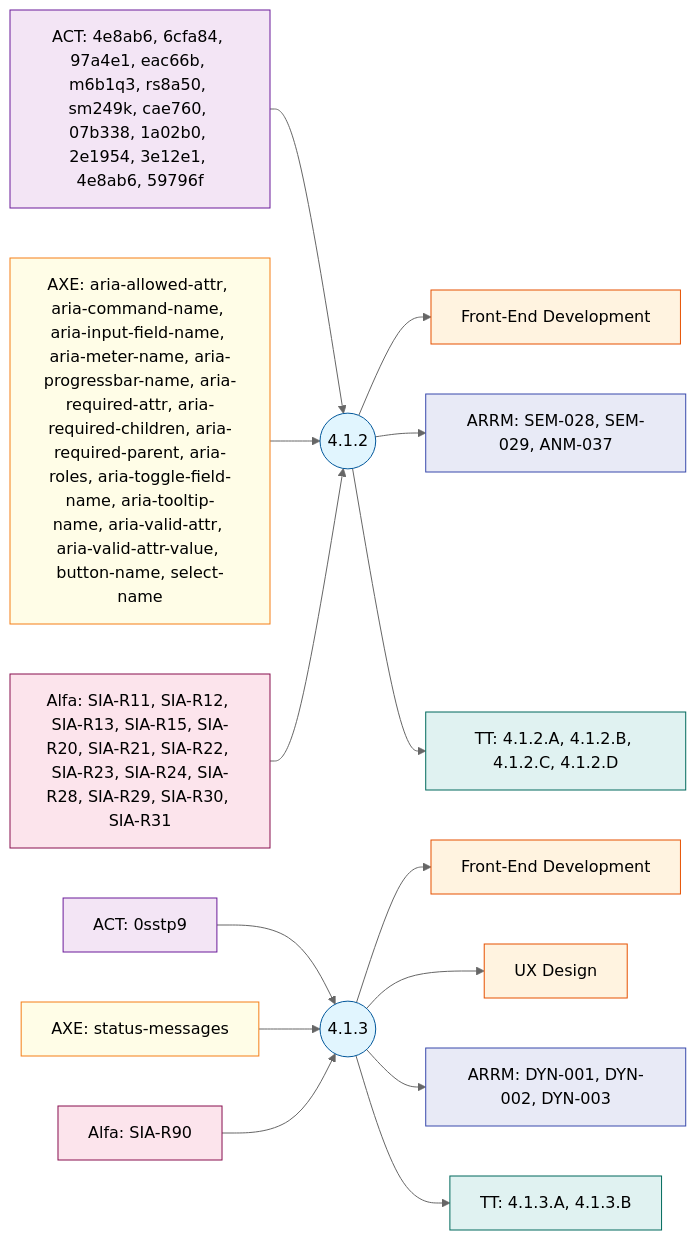
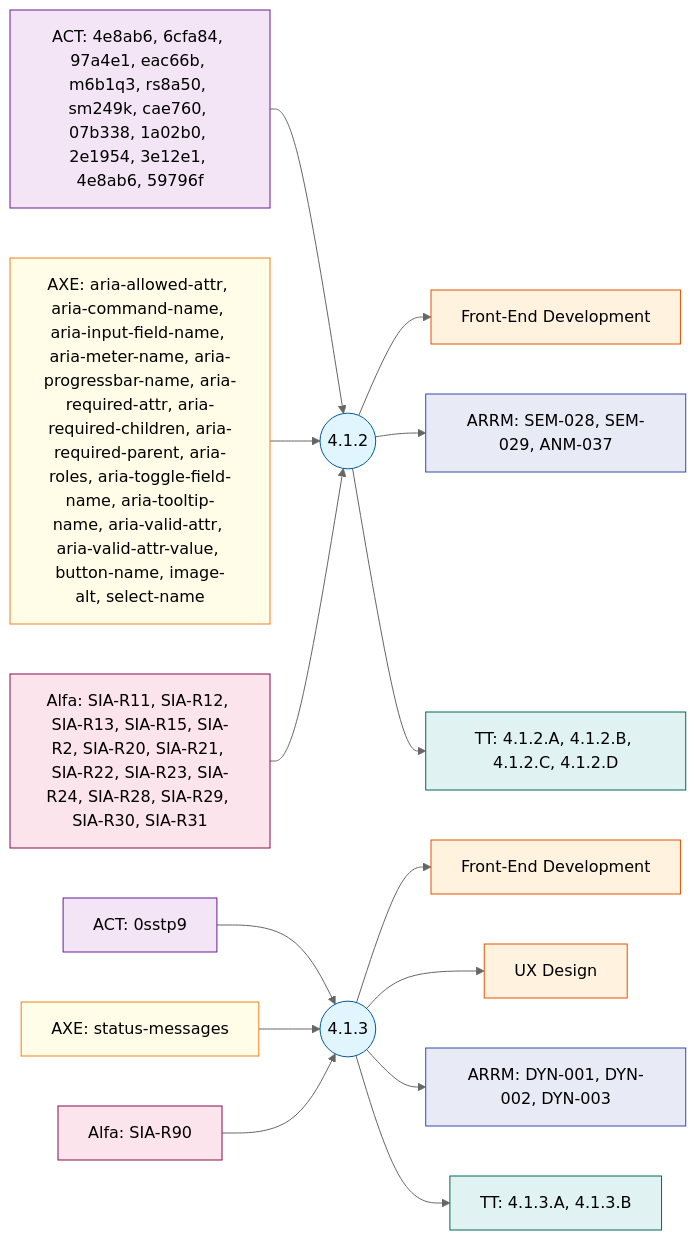
One commit to mgifford/wcag-spine changed the diagram in wcag-robust-diagram.md. Above: the diagram before and after it, drawn with Mermaid (neutral theme). The commit also changed 4 other files, not shown here.

Commit message:
feat: add Alfa/axe rule fetching, ACT testcases source, and propagation logic

````diff
--- a/wcag-robust-diagram.md
+++ b/wcag-robust-diagram.md
@@ -23,40 +23,40 @@
 ```mermaid
 graph LR
     classDef sc   fill:#e1f5fe,stroke:#01579b,color:#000
     classDef role fill:#fff3e0,stroke:#e65100,color:#000
     classDef act  fill:#f3e5f5,stroke:#6a1b9a,color:#000
     classDef axe  fill:#fffde7,stroke:#f57f17,color:#000
     classDef alfa fill:#fce4ec,stroke:#880e4f,color:#000
     classDef arrm fill:#e8eaf6,stroke:#3949ab,color:#000
     classDef tt   fill:#e0f2f1,stroke:#00695c,color:#000
 
     N4_1_2((4.1.2)):::sc
     A_act_4_1_2["ACT: 4e8ab6, 6cfa84, 97a4e1, eac66b, m6b1q3, rs8a50, sm249k, cae760, 07b338, 1a02b0, 2e1954, 3e12e1, 4e8ab6, 59796f"]:::act --> N4_1_2
-    A_axe_4_1_2["AXE: aria-allowed-attr, aria-command-name, aria-input-field-name, aria-meter-name, aria-progressbar-name, aria-required-attr, aria-required-children, aria-required-parent, aria-roles, aria-toggle-field-name, aria-tooltip-name, aria-valid-attr, aria-valid-attr-value, button-name, select-name"]:::axe --> N4_1_2
-    A_alfa_4_1_2["Alfa: SIA-R11, SIA-R12, SIA-R13, SIA-R15, SIA-R20, SIA-R21, SIA-R22, SIA-R23, SIA-R24, SIA-R28, SIA-R29, SIA-R30, SIA-R31"]:::alfa --> N4_1_2
+    A_axe_4_1_2["AXE: aria-allowed-attr, aria-command-name, aria-input-field-name, aria-meter-name, aria-progressbar-name, aria-required-attr, aria-required-children, aria-required-parent, aria-roles, aria-toggle-field-name, aria-tooltip-name, aria-valid-attr, aria-valid-attr-value, button-name, image-alt, select-name"]:::axe --> N4_1_2
+    A_alfa_4_1_2["Alfa: SIA-R11, SIA-R12, SIA-R13, SIA-R15, SIA-R2, SIA-R20, SIA-R21, SIA-R22, SIA-R23, SIA-R24, SIA-R28, SIA-R29, SIA-R30, SIA-R31"]:::alfa --> N4_1_2
     N4_1_2 --> R4_1_2_FE["Front-End Development"]:::role
     N4_1_2 --> T_4_1_2["ARRM: SEM-028, SEM-029, ANM-037"]:::arrm
     N4_1_2 --> TT_4_1_2["TT: 4.1.2.A, 4.1.2.B, 4.1.2.C, 4.1.2.D"]:::tt
 
     N4_1_3((4.1.3)):::sc
     A_act_4_1_3["ACT: 0sstp9"]:::act --> N4_1_3
     A_axe_4_1_3["AXE: status-messages"]:::axe --> N4_1_3
     A_alfa_4_1_3["Alfa: SIA-R90"]:::alfa --> N4_1_3
     N4_1_3 --> R4_1_3_FE["Front-End Development"]:::role
     N4_1_3 --> R4_1_3_UX["UX Design"]:::role
     N4_1_3 --> T_4_1_3["ARRM: DYN-001, DYN-002, DYN-003"]:::arrm
     N4_1_3 --> TT_4_1_3["TT: 4.1.3.A, 4.1.3.B"]:::tt
 
     click A_act_4_1_2 href "https://www.w3.org/WAI/standards-guidelines/act/rules/4e8ab6/" _blank
     click A_axe_4_1_2 href "https://dequeuniversity.com/rules/axe/4.11/aria-allowed-attr" _blank
     click A_alfa_4_1_2 href "https://alfa.siteimprove.com/rules/sia-r11" _blank
     click T_4_1_2 href "https://www.w3.org/WAI/planning/arrm/tasks/#semantic-structure" _blank
     click TT_4_1_2 href "https://section508coordinators.github.io/TrustedTester/forms.html" _blank
     click N4_1_2 href "https://www.w3.org/WAI/WCAG22/Understanding/name-role-value.html" _blank
     click A_act_4_1_3 href "https://www.w3.org/WAI/standards-guidelines/act/rules/0sstp9/" _blank
     click A_axe_4_1_3 href "https://dequeuniversity.com/rules/axe/4.11/status-messages" _blank
     click A_alfa_4_1_3 href "https://alfa.siteimprove.com/rules/sia-r90" _blank
     click T_4_1_3 href "https://www.w3.org/WAI/planning/arrm/tasks/#dynamic-interactions" _blank
     click TT_4_1_3 href "https://section508coordinators.github.io/TrustedTester/forms.html" _blank
     click N4_1_3 href "https://www.w3.org/WAI/WCAG22/Understanding/status-messages.html" _blank
 ```
````
